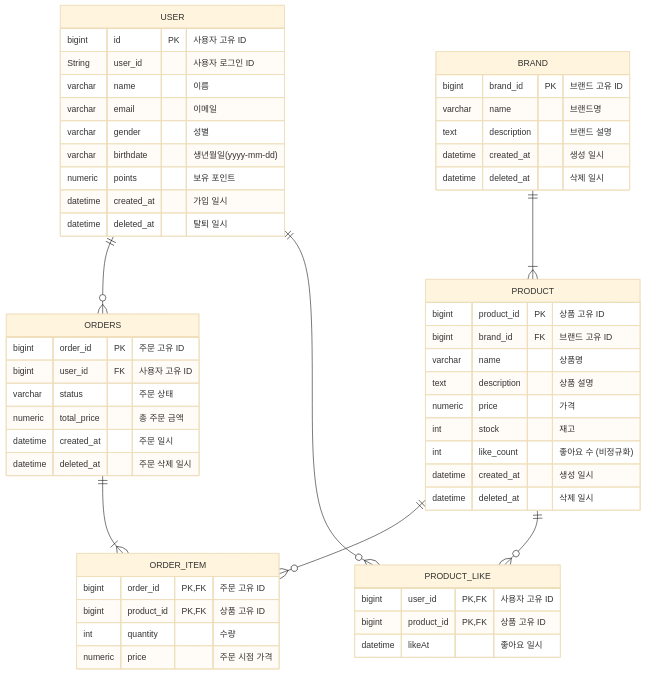
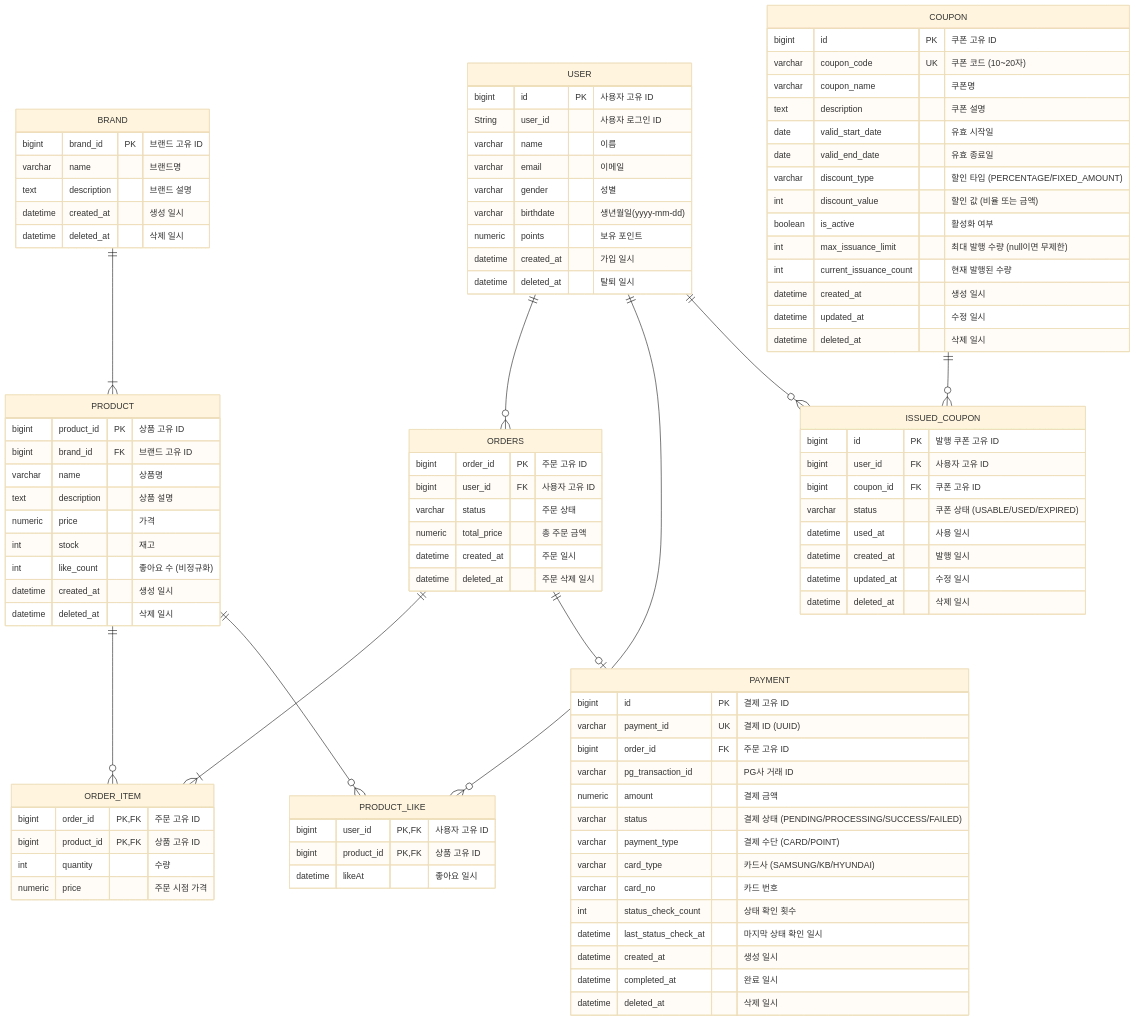
Before and after one commit to HongChangMo/loopers-spring-java-template: the diagram in docs/week2/04-erd.md, drawn with Mermaid (base theme). The commit also changed 2 other files, not shown here.

Commit message:
feat: PG 결제 관련 설계 문서 업데이트
- sequence-diagram PG 결제 관련 업데이트
- class-diagram Payment, Coupon, IssuedCoupon 작성
- erd Payment, Coupon, IssuedCoupon 엔티티 작성

````diff
--- a/docs/week2/04-erd.md
+++ b/docs/week2/04-erd.md
@@ -51,6 +51,51 @@
         datetime deleted_at "삭제 일시"
     }
 
+    COUPON {
+        bigint id PK "쿠폰 고유 ID"
+        varchar coupon_code UK "쿠폰 코드 (10~20자)"
+        varchar coupon_name "쿠폰명"
+        text description "쿠폰 설명"
+        date valid_start_date "유효 시작일"
+        date valid_end_date "유효 종료일"
+        varchar discount_type "할인 타입 (PERCENTAGE/FIXED_AMOUNT)"
+        int discount_value "할인 값 (비율 또는 금액)"
+        boolean is_active "활성화 여부"
+        int max_issuance_limit "최대 발행 수량 (null이면 무제한)"
+        int current_issuance_count "현재 발행된 수량"
+        datetime created_at "생성 일시"
+        datetime updated_at "수정 일시"
+        datetime deleted_at "삭제 일시"
+    }
+
+    ISSUED_COUPON {
+        bigint id PK "발행 쿠폰 고유 ID"
+        bigint user_id FK "사용자 고유 ID"
+        bigint coupon_id FK "쿠폰 고유 ID"
+        varchar status "쿠폰 상태 (USABLE/USED/EXPIRED)"
+        datetime used_at "사용 일시"
+        datetime created_at "발행 일시"
+        datetime updated_at "수정 일시"
+        datetime deleted_at "삭제 일시"
+    }
+
+    PAYMENT {
+        bigint id PK "결제 고유 ID"
+        varchar payment_id UK "결제 ID (UUID)"
+        bigint order_id FK "주문 고유 ID"
+        varchar pg_transaction_id "PG사 거래 ID"
+        numeric amount "결제 금액"
+        varchar status "결제 상태 (PENDING/PROCESSING/SUCCESS/FAILED)"
+        varchar payment_type "결제 수단 (CARD/POINT)"
+        varchar card_type "카드사 (SAMSUNG/KB/HYUNDAI)"
+        varchar card_no "카드 번호"
+        int status_check_count "상태 확인 횟수"
+        datetime last_status_check_at "마지막 상태 확인 일시"
+        datetime created_at "생성 일시"
+        datetime completed_at "완료 일시"
+        datetime deleted_at "삭제 일시"
+    }
+
     USER ||--o{ ORDERS : ""
     USER ||--o{ PRODUCT_LIKE : ""
 
@@ -60,4 +105,8 @@
     ORDERS ||--|{ ORDER_ITEM : ""
 
     BRAND ||--|{ PRODUCT : ""
+
+    USER ||--o{ ISSUED_COUPON : ""
+    COUPON ||--o{ ISSUED_COUPON : ""
+    ORDERS ||--o| PAYMENT : ""
 ```
````
